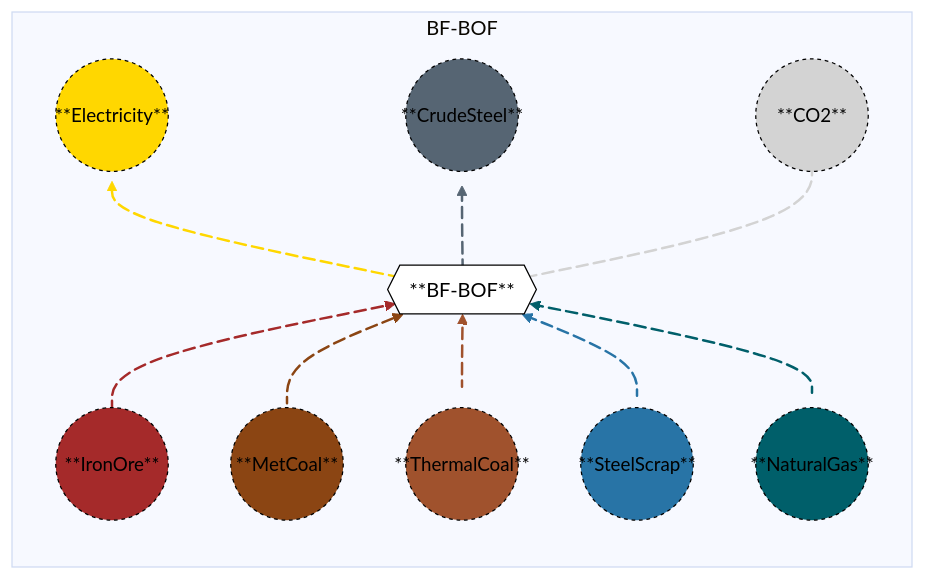
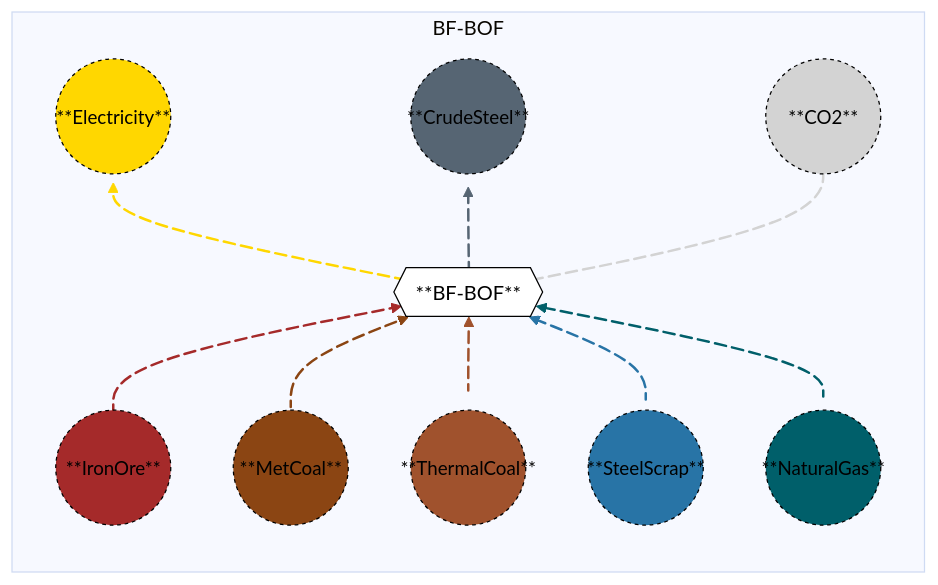
The diagram in docs/src/Manual/assets/blastfurnacebasicoxygenfurnace.md (acheng1757/MacroEnergy-Abbie.jl), drawn with Mermaid before and after one commit.

````diff
--- a/docs/src/Manual/assets/blastfurnacebasicoxygenfurnace.md
+++ b/docs/src/Manual/assets/blastfurnacebasicoxygenfurnace.md
@@ -28,43 +28,43 @@
 ```mermaid
 %%{init: {'theme': 'base', 'themeVariables': { 'background': '#D1EBDE' }}}%%
 flowchart BT
   subgraph BF-BOF
   direction BT
     A1(("**IronOre**")) e1@-->B{{"**BF-BOF**"}}
     A2(("**MetCoal**")) e2@-->B{{"**BF-BOF**"}}
     A3(("**ThermalCoal**")) e3@-->B{{"**BF-BOF**"}}
     A4(("**SteelScrap**")) e4@-->B{{"**BF-BOF**"}}
     A5(("**NaturalGas**")) e5@-->B{{"**BF-BOF**"}}
     B{{"**BF-BOF**"}} e6@-->C1(("**Electricity**"))
     B{{"**BF-BOF**"}} e7@-->C2(("**CrudeSteel**"))
     B{{"**BF-BOF**"}} e8@-->C3(("**CO2**"))
 
     e1@{ animate: true }
     e2@{ animate: true }
     e3@{ animate: true }
     e4@{ animate: true }
     e5@{ animate: true }
     e6@{ animate: true }
     e7@{ animate: true }
     e8@{ animate: true }
  end
-    style A1 font-size:15px,r:45px,fill:#A52A2A,stroke:black,color:black,stroke-dasharray: 3,5;
-    style A2 font-size:15px,r:45px,fill:#8B4513,stroke:black,color:black,stroke-dasharray: 3,5;
-    style A3 font-size:15px,r:45px,fill:#A0522D,stroke:black,color:black,stroke-dasharray: 3,5;
-    style A4 font-size:15px,r:45px,fill:#2874A6,stroke:black,color:black,stroke-dasharray: 3,5;
-    style A5 font-size:15px,r:45px,fill:#005F6A,stroke:black,color:black,stroke-dasharray: 3,5;
+    style A1 font-size:15px,r:46px,fill:#A52A2A,stroke:black,color:black,stroke-dasharray: 3,5;
+    style A2 font-size:15px,r:46px,fill:#8B4513,stroke:black,color:black,stroke-dasharray: 3,5;
+    style A3 font-size:15px,r:46px,fill:#A0522D,stroke:black,color:black,stroke-dasharray: 3,5;
+    style A4 font-size:15px,r:46px,fill:#2874A6,stroke:black,color:black,stroke-dasharray: 3,5;
+    style A5 font-size:15px,r:46px,fill:#005F6A,stroke:black,color:black,stroke-dasharray: 3,5;
     style B fill:white,stroke:black,color:black;
-    style C1 font-size:15px,r:45px,fill:#FFD700,stroke:black,color:black,stroke-dasharray: 3,5;
-    style C2 font-size:15px,r:45px,fill:#566573,stroke:black,color:black,stroke-dasharray: 3,5;
-    style C3 font-size:15px,r:45px,fill:lightgray,stroke:black,color:black,stroke-dasharray: 3,5;
+    style C1 font-size:15px,r:46px,fill:#FFD700,stroke:black,color:black,stroke-dasharray: 3,5;
+    style C2 font-size:15px,r:46px,fill:#566573,stroke:black,color:black,stroke-dasharray: 3,5;
+    style C3 font-size:15px,r:46px,fill:lightgray,stroke:black,color:black,stroke-dasharray: 3,5;
     linkStyle 0 stroke:#A52A2A, stroke-width: 2px;
     linkStyle 1 stroke:#8B4513, stroke-width: 2px;
     linkStyle 2 stroke:#A0522D, stroke-width: 2px;
     linkStyle 3 stroke:#2874A6, stroke-width: 2px;
     linkStyle 4 stroke:#005F6A, stroke-width: 2px;
     linkStyle 5 stroke:#FFD700, stroke-width: 2px;
     linkStyle 6 stroke:#566573, stroke-width: 2px;
     linkStyle 7 stroke:lightgray, stroke-width: 2px;
 
 
 ```
````
